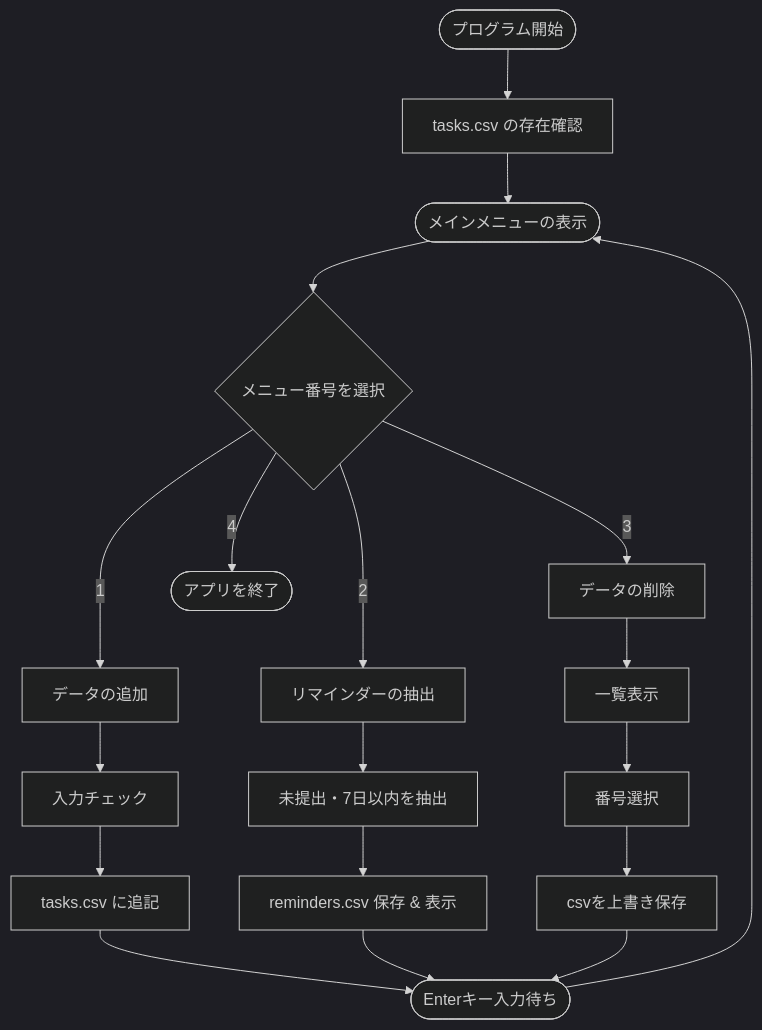
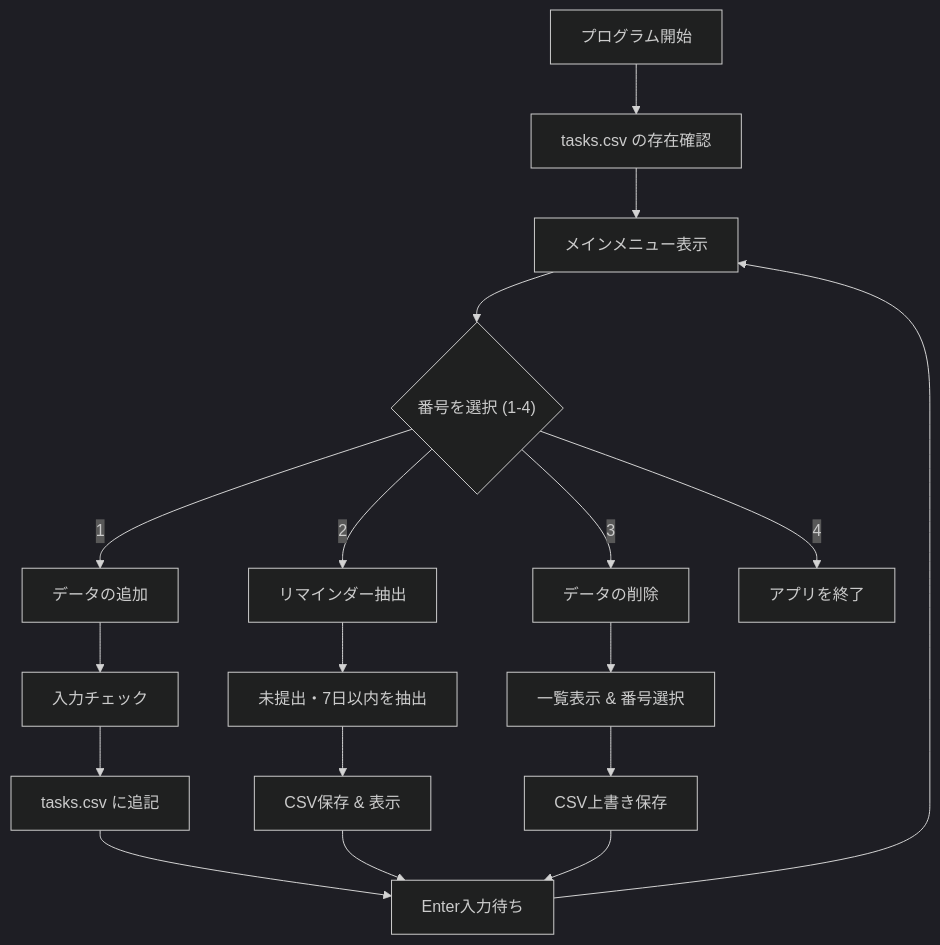
The diagram in README.md (kaisei-2026/huro), drawn with Mermaid (dark theme) before and after one commit.

````diff
--- a/README.md
+++ b/README.md
@@ -1,27 +1,25 @@
 ```mermaid
 flowchart TD
-    Start([プログラム開始]) --> Init["tasks.csv の存在確認"]
-    Init --> Menu([メインメニューの表示])
-    
-    Menu --> InputChoice{メニュー番号を選択}
-    
-    InputChoice -->|1| AddTask["データの追加"]
-    AddTask --> A1["入力チェック"]
-    A1 --> A2["tasks.csv に追記"]
-    A2 --> WaitEnter
+    A["プログラム開始"] --> B["tasks.csv の存在確認"]
+    B --> C["メインメニュー表示"]
+    C --> D{"番号を選択 (1-4)"}
 
-    InputChoice -->|2| Extract["リマインダーの抽出"]
-    Extract --> E1["未提出・7日以内を抽出"]
-    E1 --> E2["reminders.csv 保存 & 表示"]
-    E2 --> WaitEnter
+    D -- "1" --> E["データの追加"]
+    E --> F["入力チェック"]
+    F --> G["tasks.csv に追記"]
+    G --> Z["Enter入力待ち"]
 
-    InputChoice -->|3| Delete["データの削除"]
-    Delete --> D1["一覧表示"]
-    D1 --> D2["番号選択"]
-    D2 --> D3["csvを上書き保存"]
-    D3 --> WaitEnter
+    D -- "2" --> H["リマインダー抽出"]
+    H --> I["未提出・7日以内を抽出"]
+    I --> J["CSV保存 & 表示"]
+    J --> Z
 
-    InputChoice -->|4| Exit([アプリを終了])
-    
-    WaitEnter([Enterキー入力待ち]) --> Menu
+    D -- "3" --> K["データの削除"]
+    K --> L["一覧表示 & 番号選択"]
+    L --> M["CSV上書き保存"]
+    M --> Z
+
+    D -- "4" --> N["アプリを終了"]
+
+    Z --> C
 ```
````
